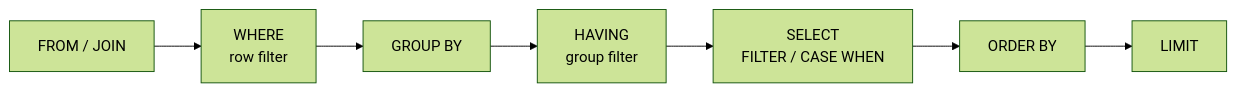
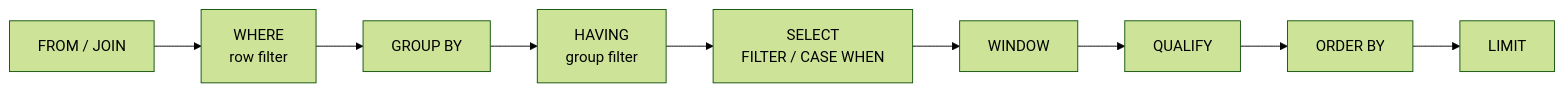
Before and after one commit to mahfooziiitian/spark-batch: the second of 2 diagrams in spark-sql/docs/querying/filter/index.md, drawn with Mermaid (forest theme). The commit also changed other lines of this file and 809 other files, not shown here.

````diff
--- a/spark-sql/docs/querying/filter/index.md
+++ b/spark-sql/docs/querying/filter/index.md
@@ -23,9 +29,11 @@
 ```mermaid
 flowchart LR
     FR[FROM / JOIN] --> W[WHERE\nrow filter]
     W --> GB[GROUP BY]
     GB --> HV[HAVING\ngroup filter]
     HV --> SE[SELECT\nFILTER / CASE WHEN]
-    SE --> OB[ORDER BY]
+    SE --> WF[WINDOW]
+    WF --> Q[QUALIFY]
+    Q --> OB[ORDER BY]
     OB --> LM[LIMIT]
 ```
````
